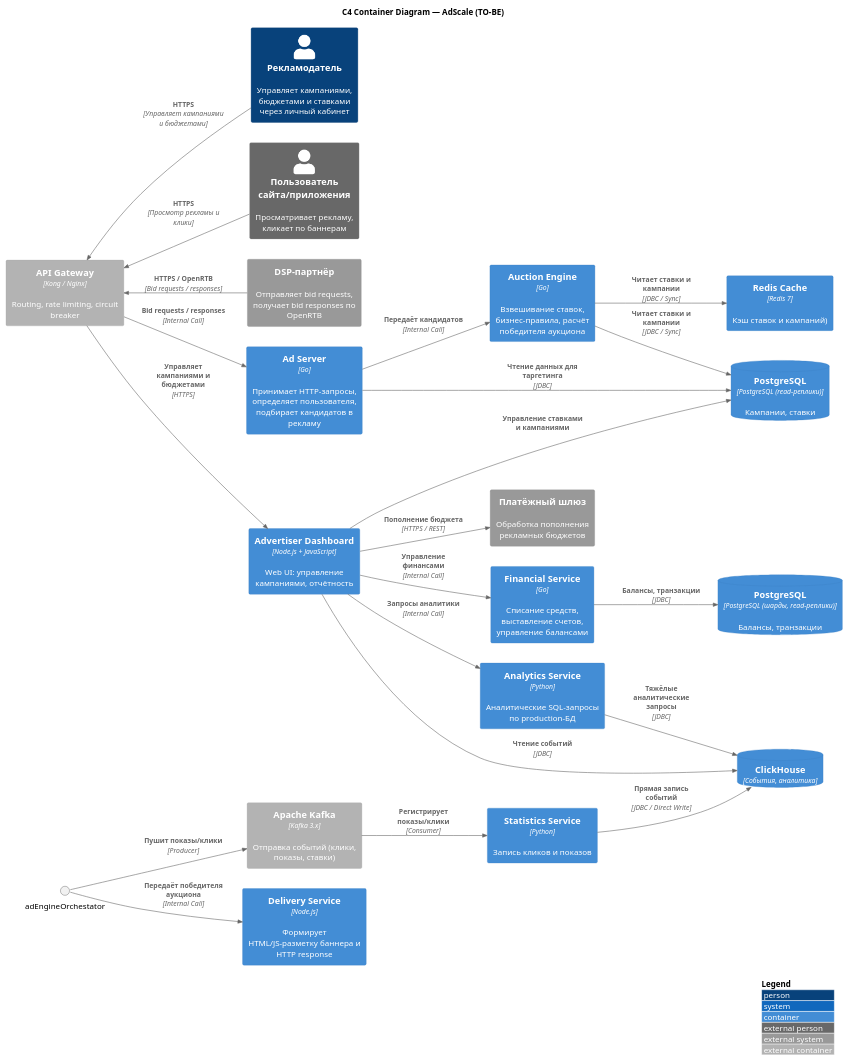
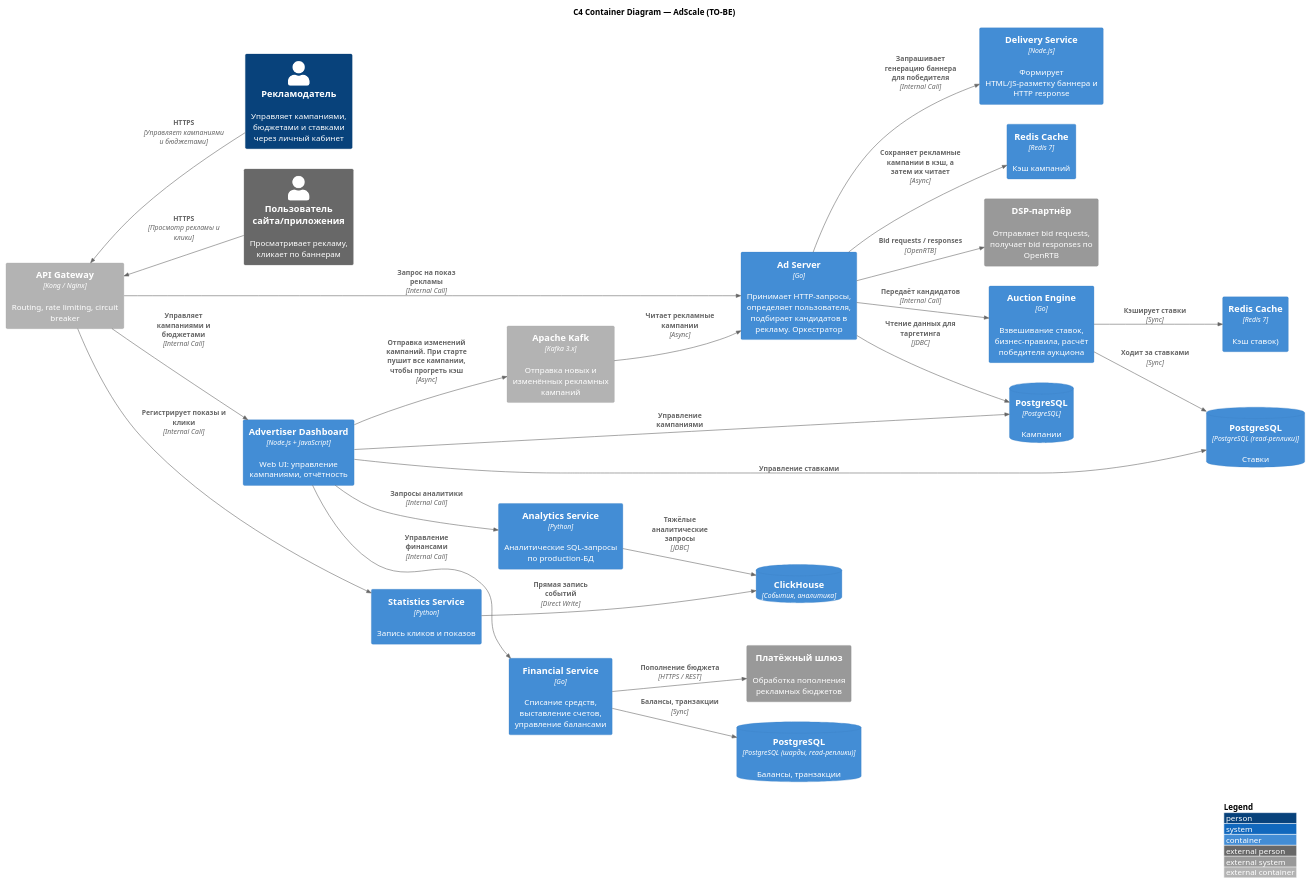
One commit to wan3s/Solution-AdScale changed the diagram in task1/Diagrams/to-be.wsd. Above: the diagram before and after it, drawn with PlantUML. The commit also changed 1 other file, not shown here.

```diff
--- a/task1/Diagrams/to-be.wsd
+++ b/task1/Diagrams/to-be.wsd
@@ -1,112 +1,121 @@
 @startuml
 !include https://raw.githubusercontent.com/plantuml-stdlib/C4-PlantUML/master/C4_Container.puml
 
 LAYOUT_WITH_LEGEND()
 LAYOUT_LEFT_RIGHT()
 
 title C4 Container Diagram — AdScale (TO-BE)
 
 ' ====================== Акторы ======================
 Person(advertiser, "Рекламодатель", "Управляет кампаниями, бюджетами и ставками через личный кабинет")
 Person_Ext(endUser, "Пользователь сайта/приложения", "Просматривает рекламу, кликает по баннерам")
 
 System_Ext(dspPartner, "DSP-партнёр", "Отправляет bid requests, получает bid responses по OpenRTB")
 System_Ext(paymentGateway, "Платёжный шлюз", "Обработка пополнения рекламных бюджетов")
-Container_Ext(kafka, "Apache Kafka", "Kafka 3.x", "Отправка событий (клики, показы, ставки)")
 Container_Ext(apiGateway, "API Gateway", "Kong / Nginx", "Routing, rate limiting, circuit breaker")
+Container_Ext(campaignsKafka, "Apache Kafk", "Kafka 3.x", "Отправка новых и изменённых рекламных кампаний")
 
 ' ====================== Микросервисы ======================
 
-Container(adServer, "Ad Server", "Go", "Принимает HTTP-запросы, определяет пользователя, подбирает кандидатов в рекламу") 
-
+Container(adServer, "Ad Server", "Go", "Принимает HTTP-запросы, определяет пользователя, подбирает кандидатов в рекламу. Оркестратор") 
 Container(auctionEngine, "Auction Engine", "Go", "Взвешивание ставок, бизнес-правила, расчёт победителя аукциона") 
-
 Container(deliveryService, "Delivery Service", "Node.js", "Формирует HTML/JS-разметку баннера и HTTP response")
 
-Container(bidsCache, "Redis Cache", "Redis 7", "Кэш ставок и кампаний)")
+Container(campaignsCache, "Redis Cache", "Redis 7", "Кэш кампаний")
+Container(bidsCache, "Redis Cache", "Redis 7", "Кэш ставок)")
 
 
 Container(financialService, "Financial Service", "Go", "Списание средств, выставление счетов, управление балансами")
-
 Container(analyticsService, "Analytics Service", "Python", "Аналитические SQL-запросы по production-БД") 
-
 Container(adCabinet, "Advertiser Dashboard", "Node.js + JavaScript", "Web UI: управление кампаниями, отчётность")
-
 Container(statsService, "Statistics Service", "Python", "Запись кликов и показов") 
 
 ' ====================== База данных ======================
-ContainerDb(postgres, "PostgreSQL", "PostgreSQL (read-реплики)", "Кампании, ставки") 
+ContainerDb(bidsPG, "PostgreSQL", "PostgreSQL (read-реплики)", "Ставки") 
+ContainerDb(campaignsPG, "PostgreSQL", "PostgreSQL", "Кампании") 
 ContainerDb(finPG, "PostgreSQL", "PostgreSQL (шарды, read-реплики)", "Балансы, транзакции") 
-ContainerDb(clickHouse, "ClickHouse", "События, аналитика") 
+ContainerDb(statsClickHouse, "ClickHouse", "События, аналитика") 
 
 ' ====================== Связи ======================
 
-Rel_U(dspPartner, apiGateway, "HTTPS / OpenRTB", "Bid requests / responses")
 Rel_U(endUser, apiGateway, "HTTPS", "Просмотр рекламы и клики")
 Rel_U(advertiser, apiGateway, "HTTPS", "Управляет кампаниями и бюджетами")
-Rel(apiGateway, adServer, "Bid requests / responses", "Internal Call")
+
+
+
+
+Rel(apiGateway, adServer, "Запрос на показ рекламы", "Internal Call")
+Rel(apiGateway, adCabinet, "Управляет кампаниями и бюджетами", "Internal Call")
+Rel(apiGateway, statsService, "Регистрирует показы и клики", "Internal Call")
+
+Rel(adServer, dspPartner, "Bid requests / responses", "OpenRTB")
 Rel(adServer, auctionEngine, "Передаёт кандидатов", "Internal Call")
-Rel(adEngineOrchestator, deliveryService, "Передаёт победителя аукциона", "Internal Call")
-Rel(apiGateway, adCabinet, "Управляет кампаниями и бюджетами", "HTTPS")
-Rel(adCabinet, paymentGateway, "Пополнение бюджета", "HTTPS / REST")
+Rel(adServer, deliveryService, "Запрашивает генерацию баннера для победителя", "Internal Call")
+
 Rel(adCabinet, financialService, "Управление финансами", "Internal Call")
 Rel(adCabinet, analyticsService, "Запросы аналитики", "Internal Call")
 
 ' Связи с БД
-Rel(auctionEngine, postgres, "Читает ставки и кампании", "JDBC / Sync")
-Rel(auctionEngine, bidsCache, "Читает ставки и кампании", "JDBC / Sync")
+Rel(auctionEngine, bidsPG, "Ходит за ставками", "Sync")
+Rel(auctionEngine, bidsCache, "Кэширует ставки", "Sync")
 
-Rel(adEngineOrchestator, kafka, "Пушит показы/клики", "Producer")
-Rel(kafka, statsService, "Регистрирует показы/клики", "Consumer")
-Rel(statsService, clickHouse, "Прямая запись событий", "JDBC / Direct Write")
-Rel(financialService, finPG, "Балансы, транзакции", "JDBC")
-Rel(analyticsService, clickHouse, "Тяжёлые аналитические запросы", "JDBC")
-Rel(adCabinet, clickHouse, "Чтение событий", "JDBC")
-Rel(adCabinet, postgres, "Управление ставками и кампаниями")
-Rel(adServer, postgres, "Чтение данных для таргетинга", "JDBC")
+Rel(adServer, campaignsCache, "Сохраняет рекламные кампании в кэш, а затем их читает", "Async")
+Rel(campaignsKafka, adServer, "Читает рекламные кампании", "Async")
+
+Rel(adCabinet, bidsPG, "Управление ставками")
+Rel(adCabinet, campaignsPG, "Управление кампаниями")
+Rel(adCabinet, campaignsKafka, "Отправка изменений кампаний. При старте пушит все кампании, чтобы прогреть кэш", "Async")
+
+Rel(statsService, statsClickHouse, "Прямая запись событий", "Direct Write")
+
+Rel(financialService, finPG, "Балансы, транзакции", "Sync")
+Rel(financialService, paymentGateway, "Пополнение бюджета", "HTTPS / REST")
+
+Rel(analyticsService, statsClickHouse, "Тяжёлые аналитические запросы", "JDBC")
+Rel(adServer, campaignsPG, "Чтение данных для таргетинга", "JDBC")
 
 ' Принудительное расположение (layout hints)
 ' Lay_D(adServer, auctionEngine)
 ' Lay_D(auctionEngine, deliveryService)
 ' Lay_D(deliveryService, statsService)
 ' Lay_R(statsService, financialService)
 ' Lay_R(financialService, analyticsService)
 ' Lay_D(adCabinet, postgres)
 
 ' ' ====================== Аннотации проблемных мест ======================
 
 ' note right of auctionEngine
 '   **⚠ Критический bottleneck**
 '   Синхронные вызовы к БД
 '   в hot path (SLA ≤ 100 ms)
 ' end note
 
 ' note right of postgres
 '   **⚠ Single Point of Failure**
 '   Одна инстанция — нет HA
 '   Нет read-replicas
 '   OLTP + аналитика конкурируют
 ' end note
 
 ' note bottom of statsService
 '   **⚠ Write bottleneck**
 '   Прямая запись без буферизации / очередей
 '   Конкуренция за ресурсы БД
 ' end note
 
 ' note bottom of analyticsService
 '   **⚠ Блокировки и рост latency**
 '   Heavy queries напрямую на production-БД
 ' end note
 
 ' ' ====================== Легенда с метриками ======================
 ' legend right
 '   <#FF0000> **15 000 RPS (пик)** 
 '   <#FF7700> **P95 latency: 110–120 ms** (требование ≤ 100 ms)
 '   <#FF7700> Периодические деградации в часы пик
 '   <#FF0000> Нет запаса по производительности
 '   <#888888> Деплой: вручную, без контейнеризации
 '   <#888888> Кэширование: отсутствует
 '   <#888888> Асинхронные очереди: отсутствуют
 ' endlegend
 @enduml
```
